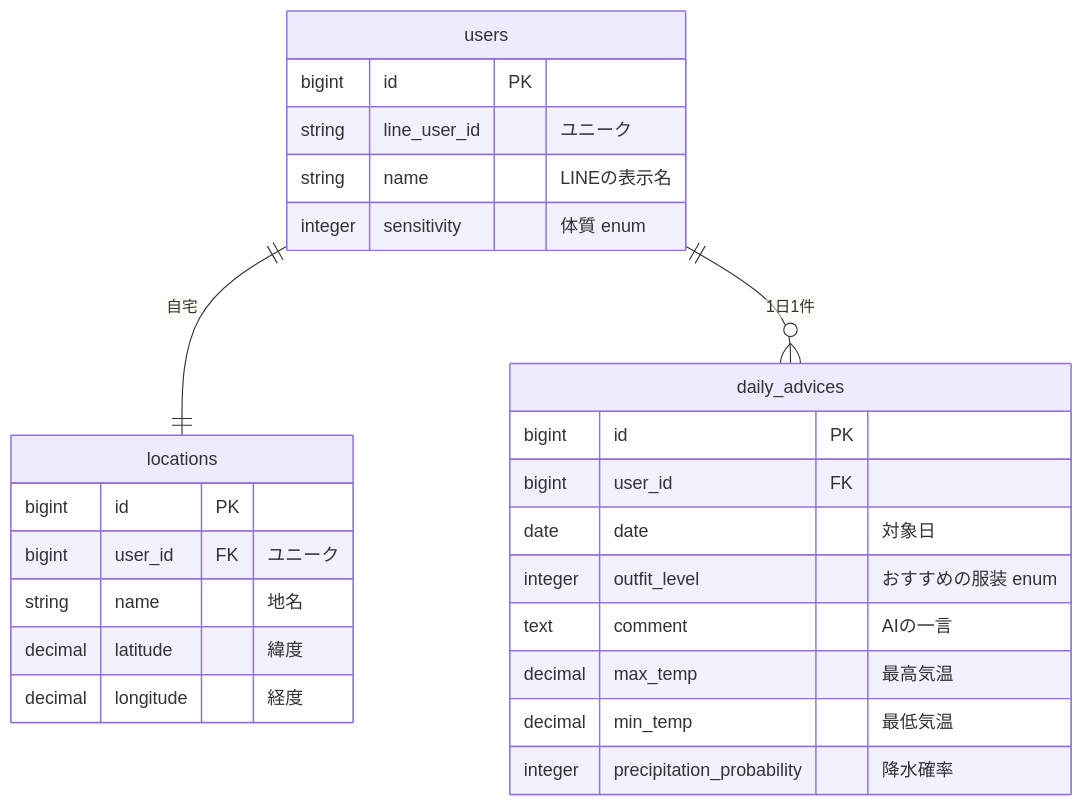
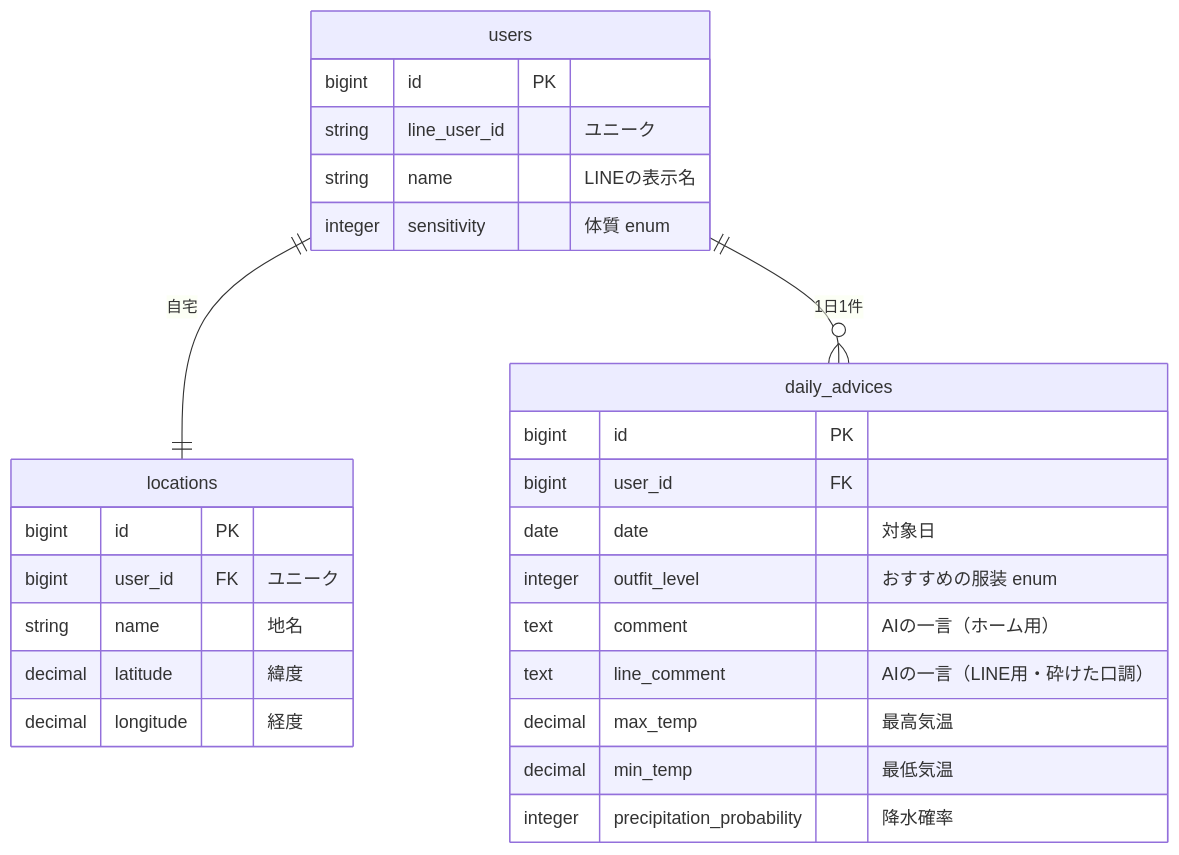
Before and after one commit to maichi917/kyo-nani-kiteku: the diagram in README.md, drawn with Mermaid. The commit also changed 1 other file, not shown here.

Commit message:
docs: 候補の選び方・判定の丸め・傘の文言・AI の一言の判断を追記
- 16番を Yahoo!天気方式（候補は Turbo Frame、選択はページ遷移）に更新
- 19〜21番（四捨五入で判定、傘の文言は1種類、AI はホーム用と LINE 用）を追加
- ER 図の daily_advices に line_comment を追加

````diff
--- a/README.md
+++ b/README.md
@@ -46,31 +46,32 @@
 ```mermaid
 erDiagram
   users ||--|| locations : "自宅"
   users ||--o{ daily_advices : "1日1件"
 
   users {
     bigint id PK
     string line_user_id "ユニーク"
     string name "LINEの表示名"
     integer sensitivity "体質 enum"
   }
 
   locations {
     bigint id PK
     bigint user_id FK "ユニーク"
     string name "地名"
     decimal latitude "緯度"
     decimal longitude "経度"
   }
 
   daily_advices {
     bigint id PK
     bigint user_id FK
     date date "対象日"
     integer outfit_level "おすすめの服装 enum"
-    text comment "AIの一言"
+    text comment "AIの一言（ホーム用）"
+    text line_comment "AIの一言（LINE用・砕けた口調）"
     decimal max_temp "最高気温"
     decimal min_temp "最低気温"
     integer precipitation_probability "降水確率"
   }
 ```
````
